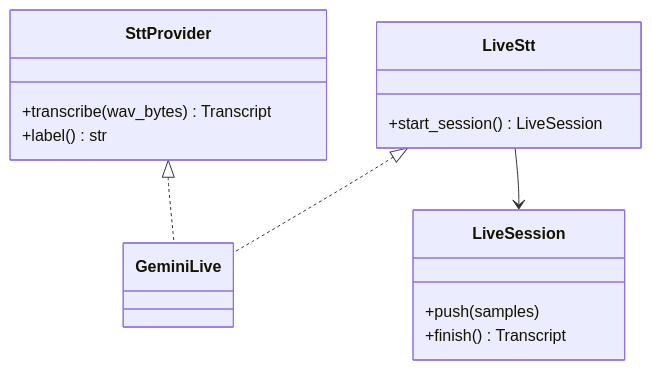
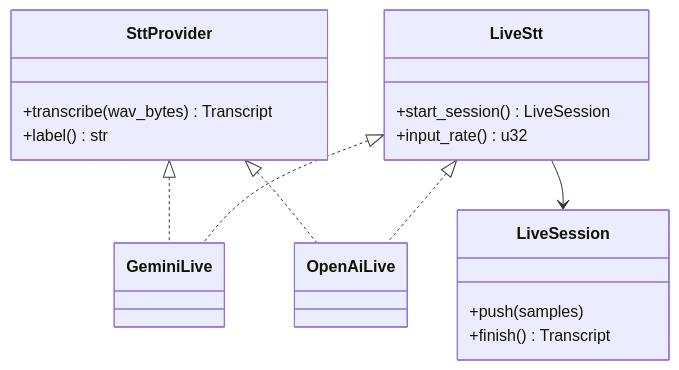
One commit to BoardPandas/Hark changed the diagram in Docs/features/TRANSCRIPTION.md. Above: the diagram before and after it, drawn with Mermaid. The commit also changed other lines of this file and 72 other files, not shown here.

````diff
--- a/Docs/features/TRANSCRIPTION.md
+++ b/Docs/features/TRANSCRIPTION.md
@@ -37,18 +38,22 @@
 ```mermaid
 classDiagram
     class SttProvider {
         +transcribe(wav_bytes) Transcript
         +label() str
     }
     class LiveStt {
         +start_session() LiveSession
+        +input_rate() u32
     }
     class LiveSession {
         +push(samples)
         +finish() Transcript
     }
     class GeminiLive
+    class OpenAiLive
     SttProvider <|.. GeminiLive
     LiveStt <|.. GeminiLive
+    SttProvider <|.. OpenAiLive
+    LiveStt <|.. OpenAiLive
     LiveStt --> LiveSession
 ```
````
